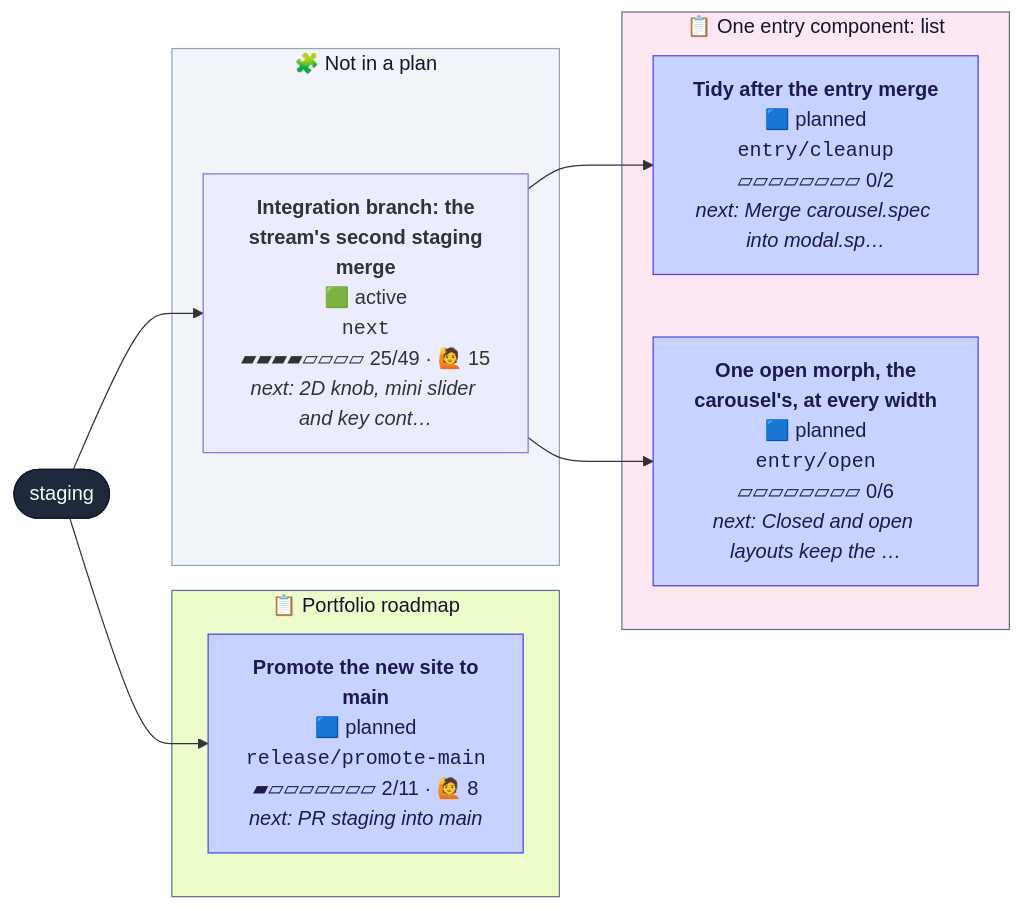
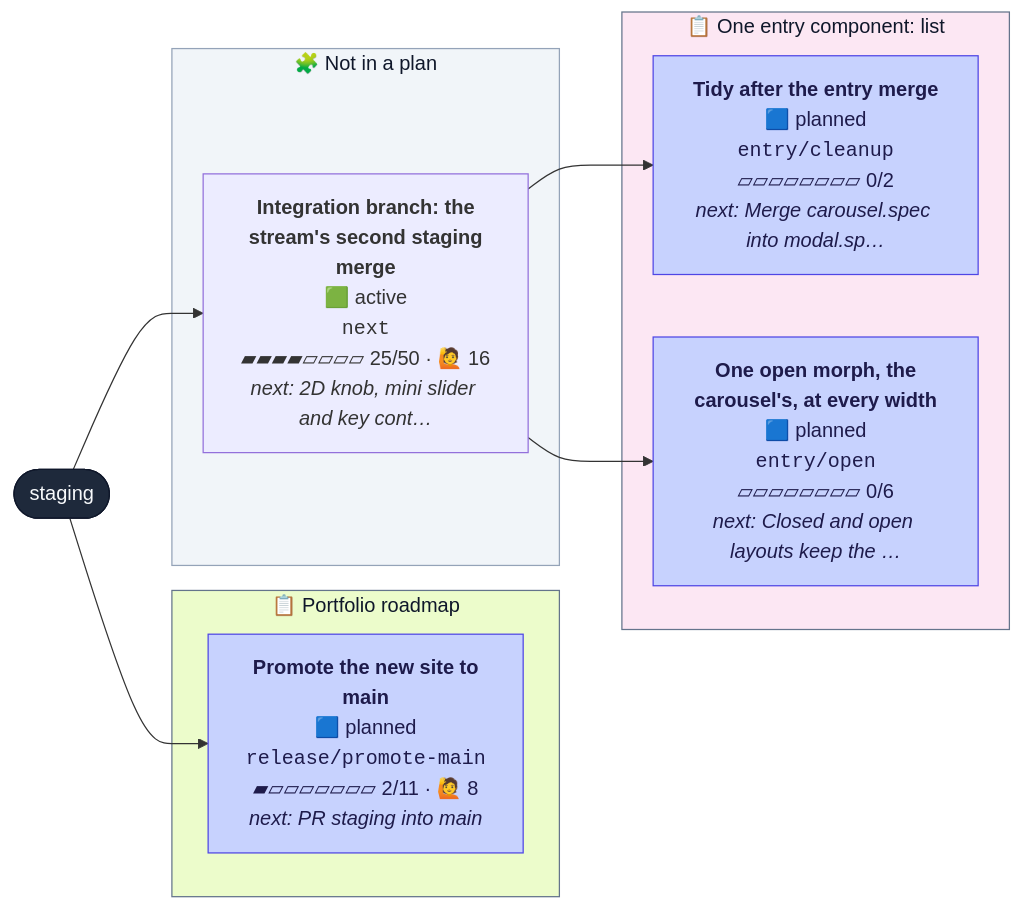
The second of 2 diagrams in CONTRIBUTING.md (henryjonescodes/portfolio), drawn with Mermaid before and after one commit. The commit also changed other lines of this file and 2 other files, not shown here.

````diff
--- a/CONTRIBUTING.md
+++ b/CONTRIBUTING.md
@@ -78,35 +78,35 @@
 ```mermaid
 flowchart LR
   n_staging([staging])
   class n_staging trunk
   subgraph plan_1["📋 One entry component: list"]
     n_entry_cleanup["<b>Tidy after the entry merge</b><br/>🟦 planned<br/><code>entry/cleanup</code><br/>▱▱▱▱▱▱▱▱ 0/2<br/><i>next: Merge carousel.spec into modal.sp…</i>"]
     class n_entry_cleanup planned
     n_entry_open["<b>One open morph, the<br/>carousel's, at every width</b><br/>🟦 planned<br/><code>entry/open</code><br/>▱▱▱▱▱▱▱▱ 0/6<br/><i>next: Closed and open layouts keep the …</i>"]
     class n_entry_open planned
   end
   style plan_1 fill:#fce7f3,stroke:#64748b,color:#0f172a
   subgraph plan_2["📋 Portfolio roadmap"]
     n_release_promote_main["<b>Promote the new site to<br/>main</b><br/>🟦 planned<br/><code>release/promote-main</code><br/>▰▱▱▱▱▱▱▱ 2/11 · 🙋 8<br/><i>next: PR staging into main</i>"]
     class n_release_promote_main planned
   end
   style plan_2 fill:#ecfccb,stroke:#64748b,color:#0f172a
   subgraph loose["🧩 Not in a plan"]
-    n_next["<b>Integration branch: the<br/>stream's second staging<br/>merge</b><br/>🟩 active<br/><code>next</code><br/>▰▰▰▰▱▱▱▱ 25/49 · 🙋 15<br/><i>next: 2D knob, mini slider and key cont…</i>"]
+    n_next["<b>Integration branch: the<br/>stream's second staging<br/>merge</b><br/>🟩 active<br/><code>next</code><br/>▰▰▰▰▱▱▱▱ 25/50 · 🙋 16<br/><i>next: 2D knob, mini slider and key cont…</i>"]
     class n_next active,current
   end
   style loose fill:#f1f5f9,stroke:#94a3b8,color:#0f172a
   n_next --> n_entry_cleanup
   n_next --> n_entry_open
   n_staging --> n_next
   n_staging --> n_release_promote_main
   classDef merged fill:#dcfce7,stroke:#16a34a,color:#052e16
   classDef todo fill:#ffffff,stroke:#94a3b8,stroke-dasharray:2 2,color:#334155
   classDef planned fill:#c7d2fe,stroke:#4f46e5,color:#1e1b4b
   classDef sketched fill:#f8fafc,stroke:#64748b,stroke-dasharray:4 3,color:#334155
   classDef active fill:#bbf7d0,stroke:#16a34a,stroke-width:3px,color:#052e16
   classDef review fill:#fde68a,stroke:#d97706,stroke-width:3px,color:#451a03
   classDef blocked fill:#fecaca,stroke:#dc2626,stroke-width:3px,color:#450a0a
   classDef trunk fill:#1e293b,stroke:#0f172a,color:#f8fafc
   classDef current stroke:#0ea5e9,stroke-width:5px
 ```
````
